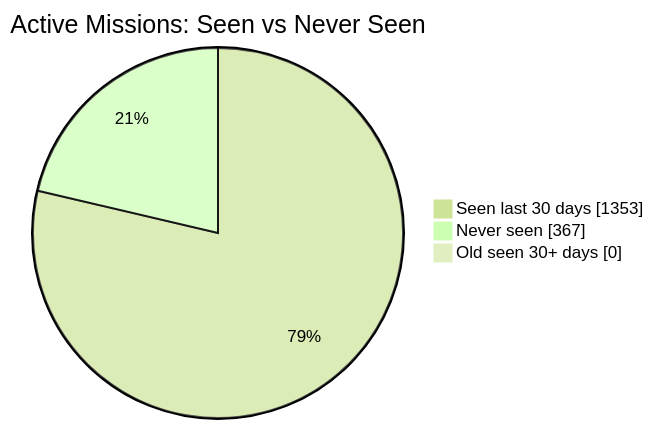
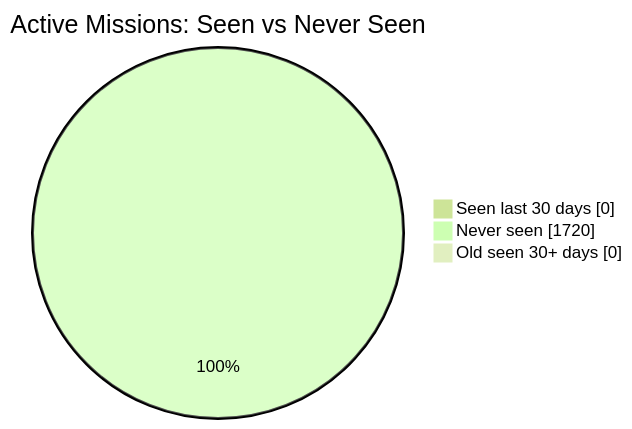
One commit to MeldkamerspelGameTeam/active-missions changed the first of 2 diagrams in README.md. Above: the diagram before and after it, drawn with Mermaid (forest theme). The commit also changed other lines of this file and 2 other files, not shown here.

````diff
--- a/README.md
+++ b/README.md
@@ -34,7 +34,7 @@
 ```mermaid
 pie showData
     title Active Missions: Seen vs Never Seen
-    "Seen last 30 days" : 1353
-    "Never seen" : 367
+    "Seen last 30 days" : 0
+    "Never seen" : 1720
     "Old seen 30+ days" : 0
 ```
````
